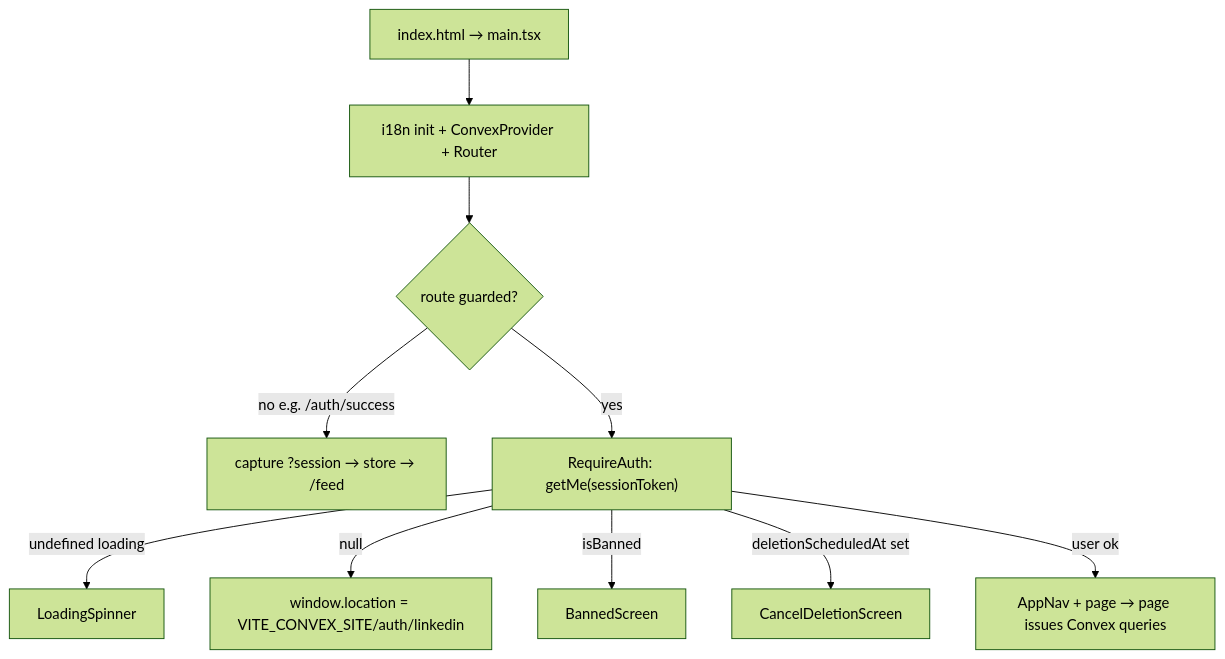
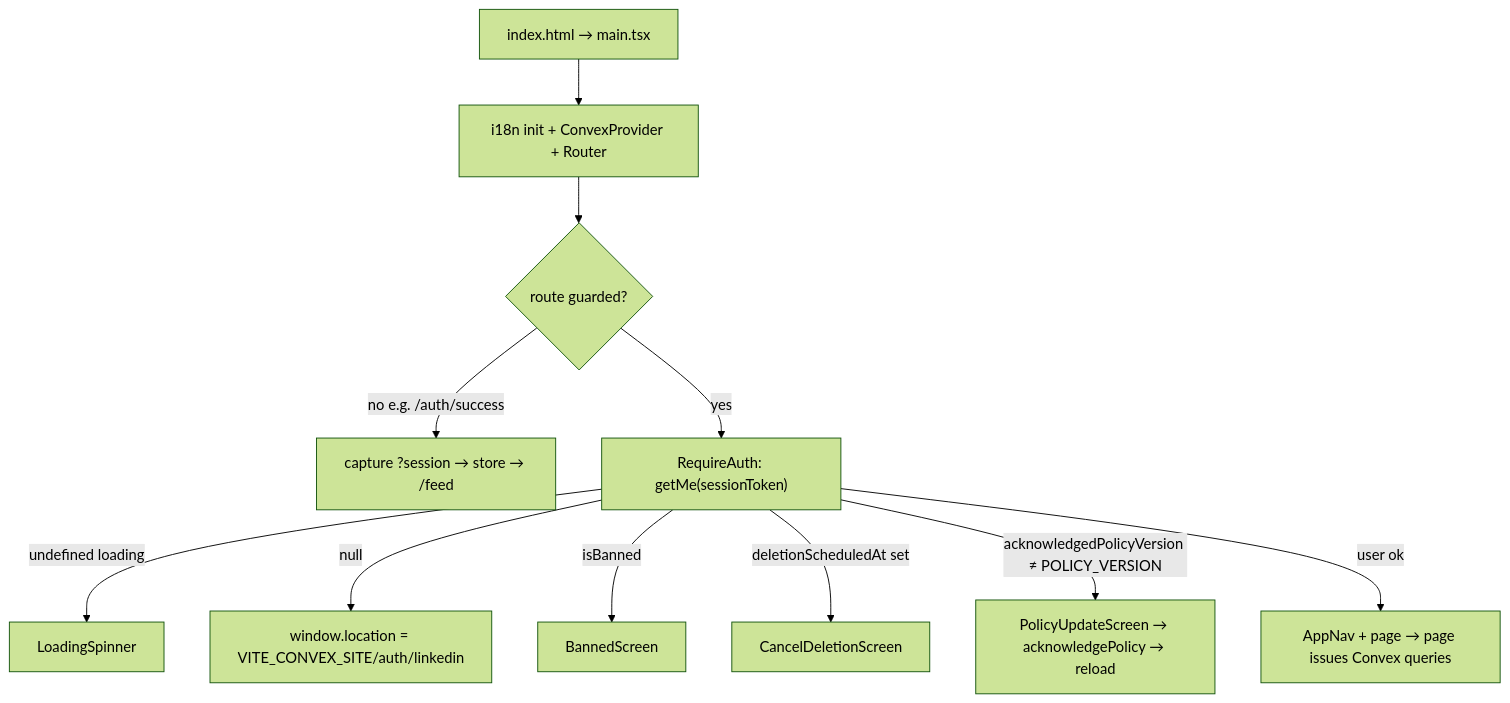
One commit to henriko202/glowing-octo-guide changed diagram 16 of 16 in docs/PLATFORM.md. Above: the diagram before and after it, drawn with Mermaid (forest theme). The commit also changed other lines of this file and 15 other files, not shown here.

````diff
--- a/docs/PLATFORM.md
+++ b/docs/PLATFORM.md
@@ -1221,12 +1223,13 @@
 ```mermaid
 flowchart TD
   L["index.html → main.tsx"] --> I["i18n init + ConvexProvider + Router"]
   I --> RT{"route guarded?"}
   RT -->|no e.g. /auth/success| LAND["capture ?session → store → /feed"]
   RT -->|yes| RA["RequireAuth: getMe(sessionToken)"]
   RA -->|undefined loading| SP["LoadingSpinner"]
   RA -->|null| OAUTH["window.location = VITE_CONVEX_SITE/auth/linkedin"]
   RA -->|isBanned| BAN["BannedScreen"]
   RA -->|deletionScheduledAt set| CDEL["CancelDeletionScreen"]
+  RA -->|"acknowledgedPolicyVersion ≠ POLICY_VERSION"| RECON["PolicyUpdateScreen → acknowledgePolicy → reload"]
   RA -->|user ok| SHELL["AppNav + page → page issues Convex queries"]
 ```
````
